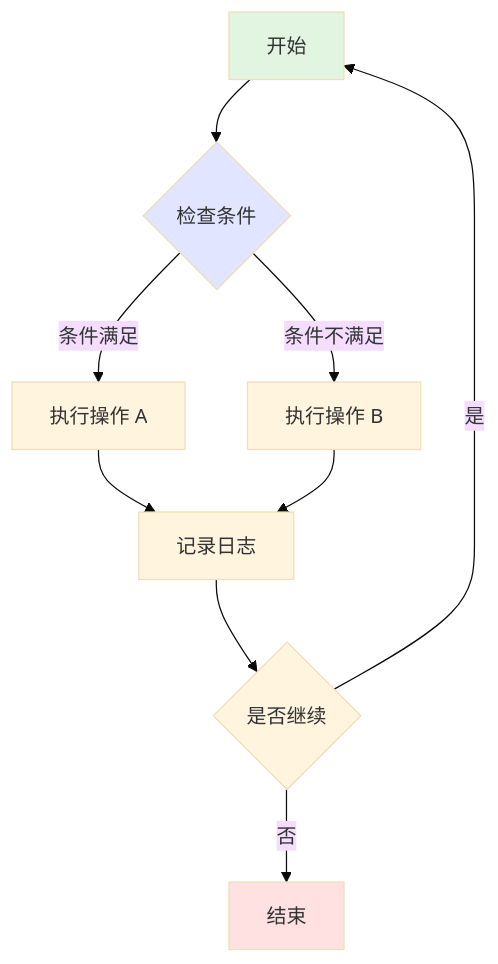
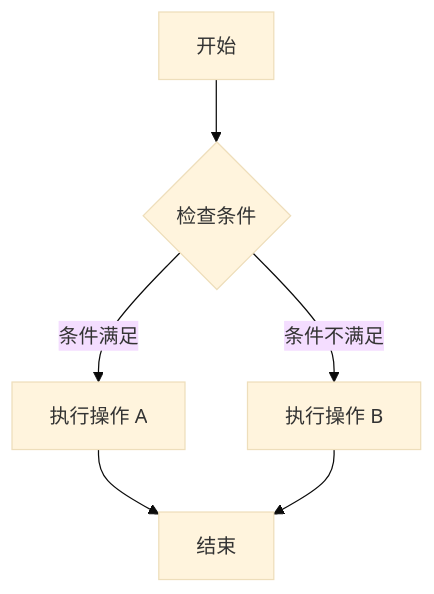
Before and after one commit to hubo1989/Medit: the first of 6 diagrams in test/test.md, drawn with Mermaid (base theme). The commit also changed other lines of this file and 12 other files, not shown here.

````diff
--- a/test/test.md
+++ b/test/test.md
@@ -723,15 +368,8 @@
 ```mermaid
 flowchart TD
     A[开始] --> B{检查条件}
     B -->|条件满足| C[执行操作 A]
     B -->|条件不满足| D[执行操作 B]
-    C --> E[记录日志]
+    C --> E[结束]
     D --> E
-    E --> F{是否继续}
-    F -->|是| A
-    F -->|否| G[结束]
-    
-    style A fill:#e1f5e1
-    style G fill:#ffe1e1
-    style B fill:#e1e5ff
 ```
````
